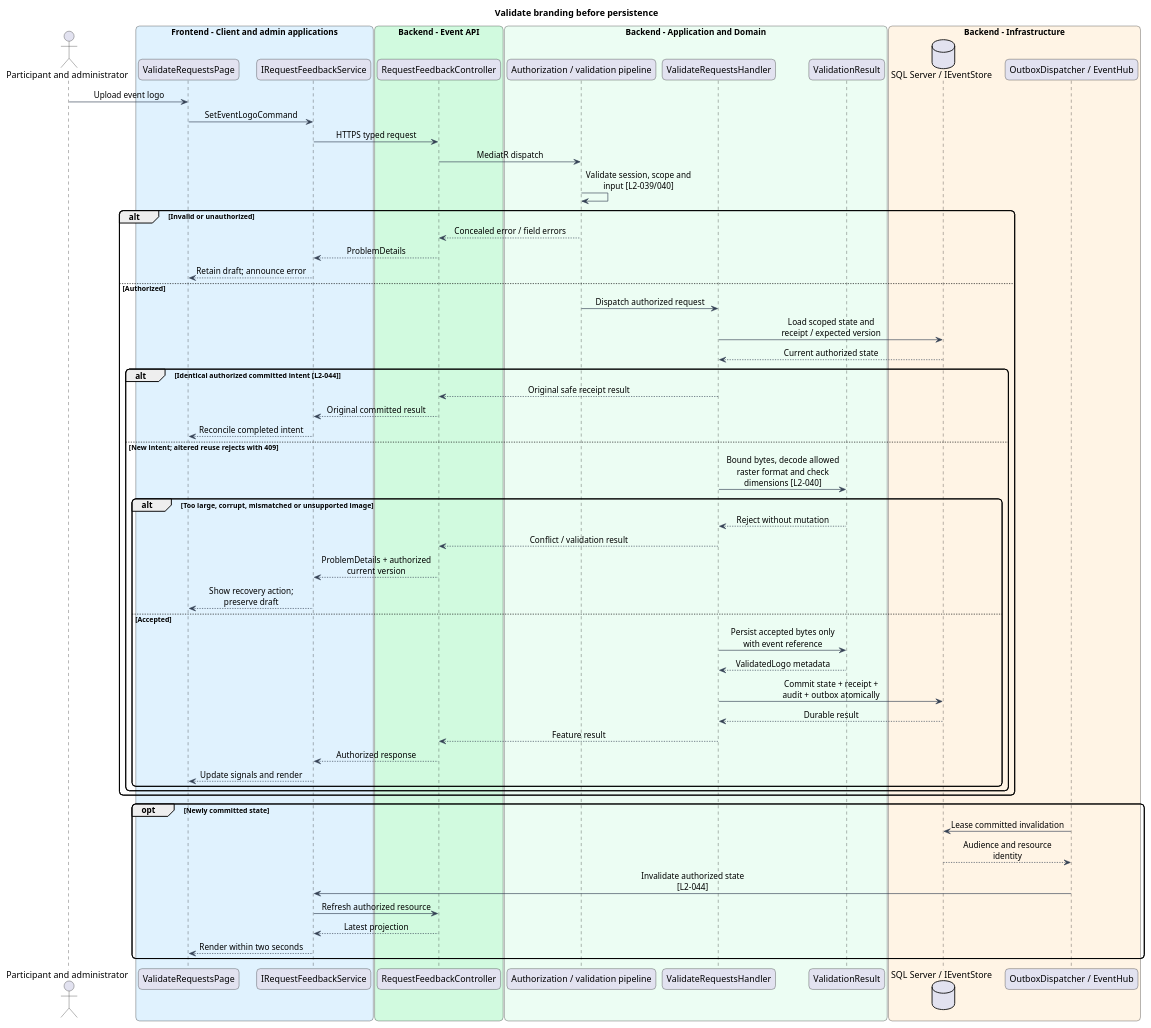
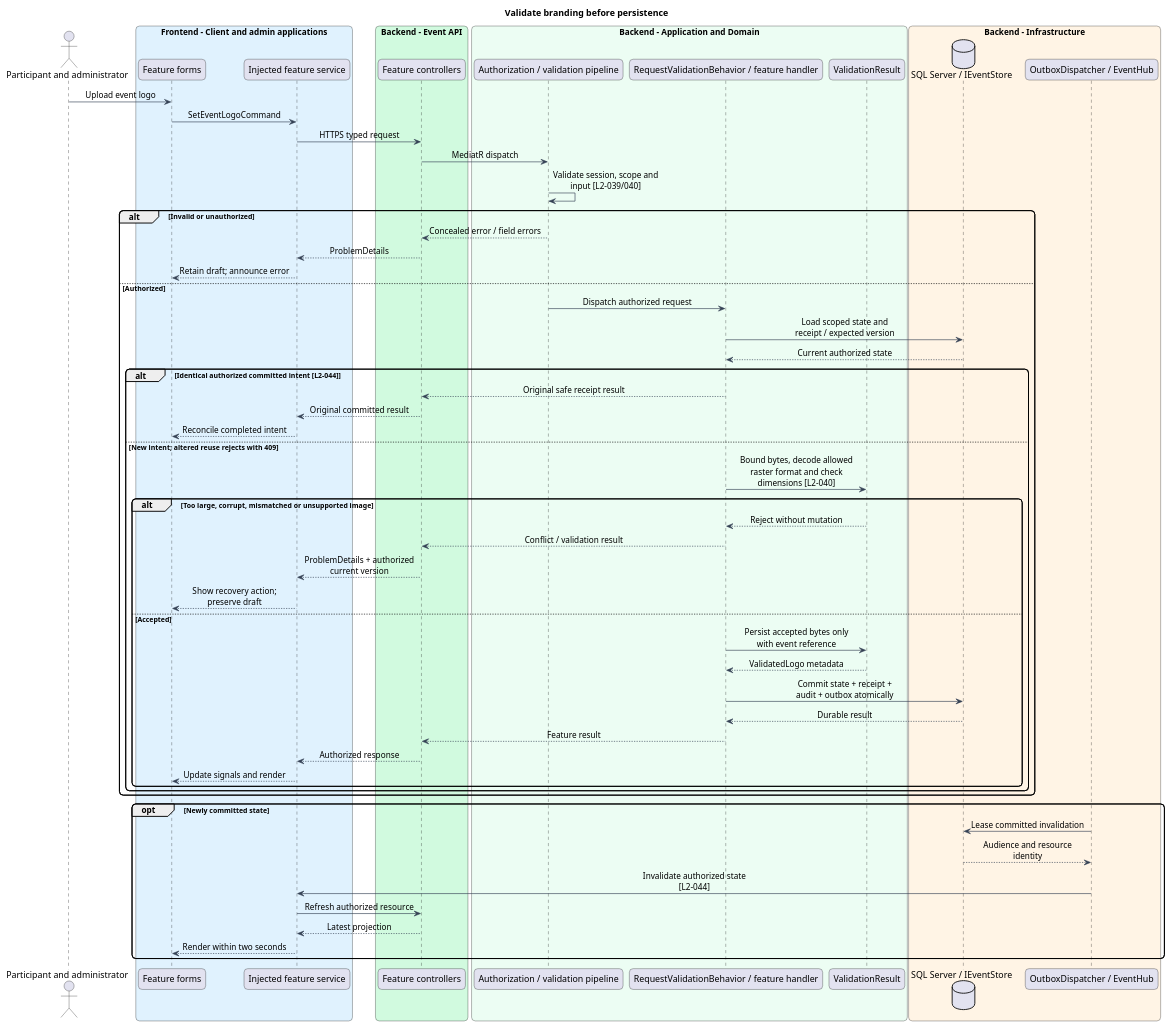
One commit to QuinntyneBrown/faithtech-toronto-ai-build-event changed the diagram in docs/detailed-designs/platform-security/validate-requests/diagrams/sequence-upload.puml. Above: the diagram before and after it, drawn with PlantUML. The commit also changed 80 other files, not shown here.

```diff
--- a/docs/detailed-designs/platform-security/validate-requests/diagrams/sequence-upload.puml
+++ b/docs/detailed-designs/platform-security/validate-requests/diagrams/sequence-upload.puml
@@ -1,72 +1,72 @@
 @startuml
 skinparam backgroundColor #FFFFFF
 skinparam shadowing false
 skinparam roundcorner 12
 skinparam defaultFontName Arial
 skinparam ArrowColor #344054
 skinparam classBackgroundColor #F9FAFB
 skinparam classBorderColor #344054
 skinparam sequenceMessageAlign center
 skinparam maxMessageSize 180
 title Validate branding before persistence
 actor "Participant and administrator" as actor
 box "Frontend - Client and admin applications" #E0F2FE
-participant "ValidateRequestsPage" as page
-participant "IRequestFeedbackService" as client
+participant "Feature forms" as page
+participant "Injected feature service" as client
 end box
 box "Backend - Event API" #D1FADF
-participant "RequestFeedbackController" as controller
+participant "Feature controllers" as controller
 end box
 box "Backend - Application and Domain" #ECFDF3
 participant "Authorization / validation pipeline" as gate
-participant "ValidateRequestsHandler" as handler
+participant "RequestValidationBehavior / feature handler" as handler
 participant "ValidationResult" as entity
 end box
 box "Backend - Infrastructure" #FFF4E5
 database "SQL Server / IEventStore" as db
 participant "OutboxDispatcher / EventHub" as push
 end box
 actor -> page : Upload event logo
 page -> client : SetEventLogoCommand
 client -> controller : HTTPS typed request
 controller -> gate : MediatR dispatch
 gate -> gate : Validate session, scope and input [L2-039/040]
 alt Invalid or unauthorized
 gate --> controller : Concealed error / field errors
 controller --> client : ProblemDetails
 client --> page : Retain draft; announce error
 else Authorized
 gate -> handler : Dispatch authorized request
 handler -> db : Load scoped state and receipt / expected version
 db --> handler : Current authorized state
 alt Identical authorized committed intent [L2-044]
 handler --> controller : Original safe receipt result
 controller --> client : Original committed result
 client --> page : Reconcile completed intent
 else New intent; altered reuse rejects with 409
 handler -> entity : Bound bytes, decode allowed raster format and check dimensions [L2-040]
 alt Too large, corrupt, mismatched or unsupported image
 entity --> handler : Reject without mutation
 handler --> controller : Conflict / validation result
 controller --> client : ProblemDetails + authorized current version
 client --> page : Show recovery action; preserve draft
 else Accepted
 handler -> entity : Persist accepted bytes only with event reference
 entity --> handler : ValidatedLogo metadata
 handler -> db : Commit state + receipt + audit + outbox atomically
 db --> handler : Durable result
 handler --> controller : Feature result
 controller --> client : Authorized response
 client --> page : Update signals and render
 end
 end
 end
 opt Newly committed state
 push -> db : Lease committed invalidation
 db --> push : Audience and resource identity
 push -> client : Invalidate authorized state [L2-044]
 client -> controller : Refresh authorized resource
 controller --> client : Latest projection
 client --> page : Render within two seconds
 end
 @enduml
```
